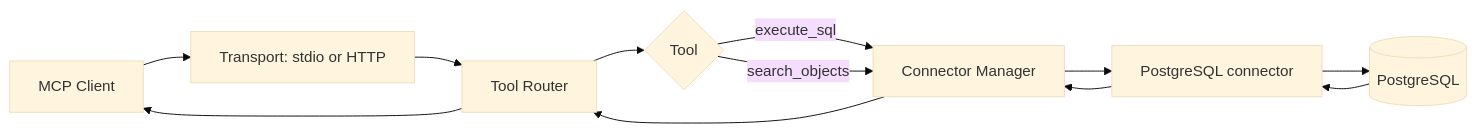
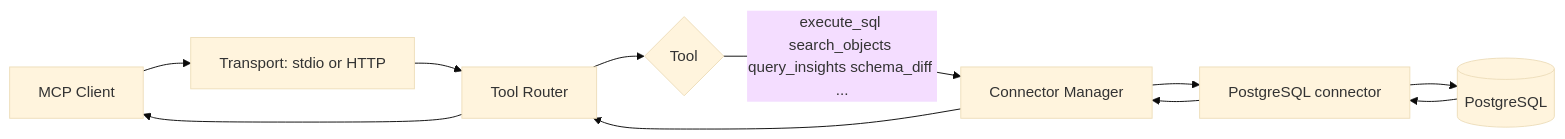
One commit to ajgreyling/electric-elephant changed the first of 2 diagrams in README.md. Above: the diagram before and after it, drawn with Mermaid (base theme). The commit also changed other lines of this file and 18 other files, not shown here.

````diff
--- a/README.md
+++ b/README.md
@@ -44,11 +44,10 @@
 ```mermaid
 flowchart LR
     A[MCP Client] --> B[Transport: stdio or HTTP]
     B --> C[Tool Router]
     C --> D{Tool}
-    D -->|execute_sql| E[Connector Manager]
-    D -->|search_objects| E
+    D -->|execute_sql search_objects query_insights schema_diff ...| E[Connector Manager]
     E --> F[PostgreSQL connector]
     F --> G[(PostgreSQL)]
     G --> F --> E --> C --> A
 ```
````
